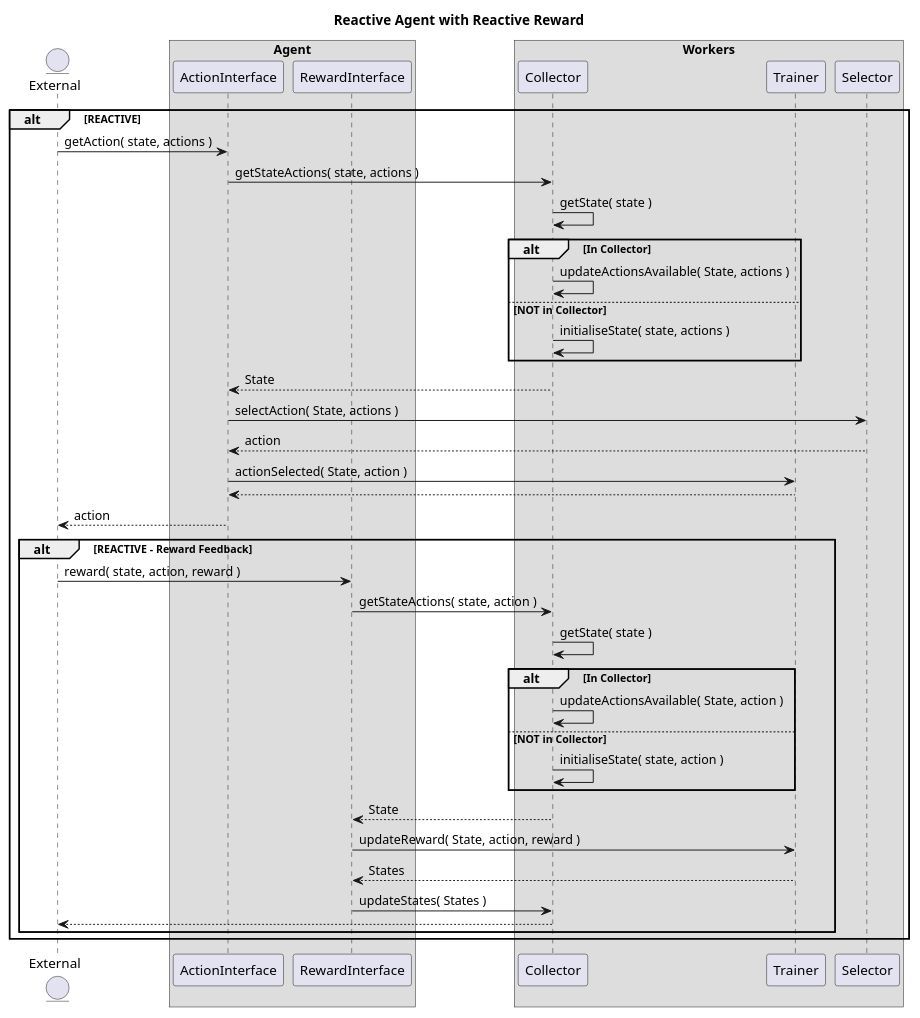
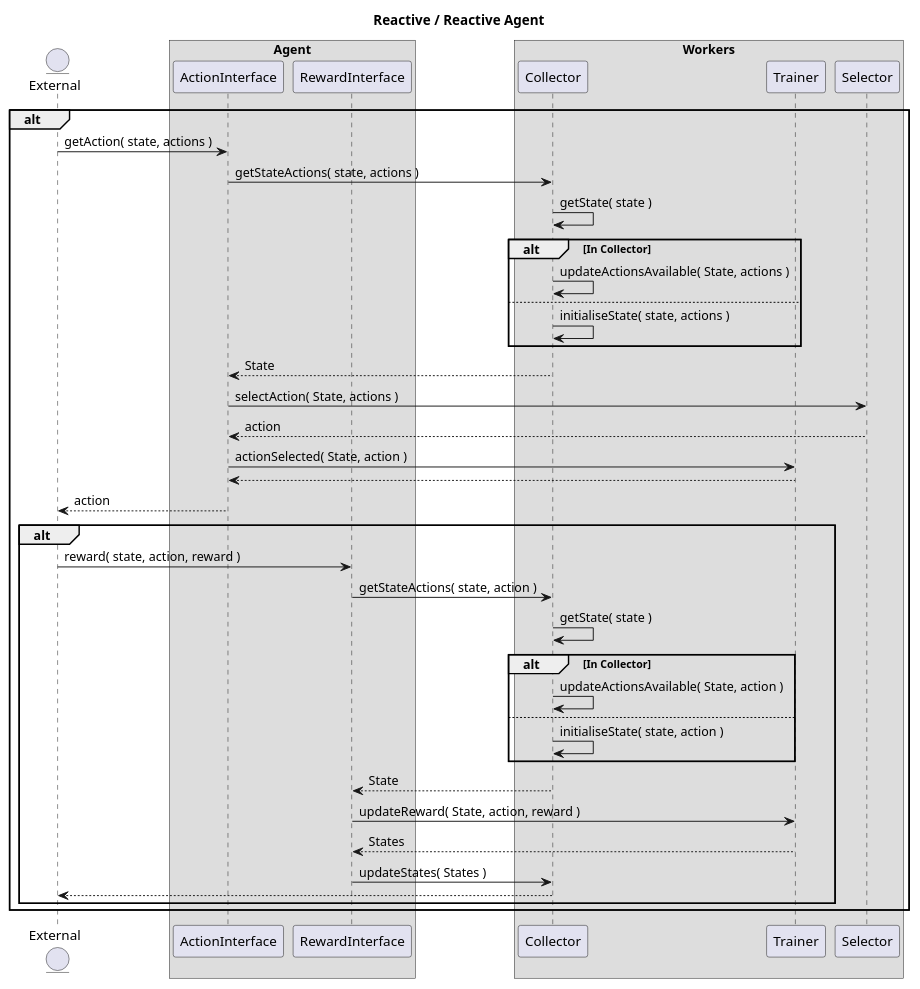
The diagram in Uml/SequenceDiagram/Agent RR.plantuml (vhorta73/RL-Perl), drawn with PlantUML before and after one commit. The commit also changed 3 other files, not shown here.

```diff
--- a/Uml/SequenceDiagram/Agent RR.plantuml
+++ b/Uml/SequenceDiagram/Agent RR.plantuml
@@ -1,55 +1,55 @@
 @startuml
 
-title Reactive Agent with Reactive Reward
+title Reactive / Reactive Agent
 
 entity External
 
 box "Agent"
   participant ActionInterface 
   participant RewardInterface 
 end box
 
 box "Workers"
   participant Collector
   participant Trainer
   participant Selector 
 end box
 
-alt REACTIVE
+alt 
   External          -> ActionInterface : getAction( state, actions )
   ActionInterface   -> Collector : getStateActions( state, actions )
   Collector         -> Collector : getState( state )
 
   alt In Collector
     Collector   -> Collector : updateActionsAvailable( State, actions )
-  else NOT in Collector
+  else 
     Collector   -> Collector : initialiseState( state, actions )
   end
 
   ActionInterface    <-- Collector : State
   ActionInterface     -> Selector  : selectAction( State, actions )
   ActionInterface    <-- Selector  : action
   ActionInterface     -> Trainer   : actionSelected( State, action )
   ActionInterface    <-- Trainer
   External           <-- ActionInterface : action
 
-  alt REACTIVE - Reward Feedback
+  alt 
     External          -> RewardInterface : reward( state, action, reward )
     RewardInterface   -> Collector : getStateActions( state, action )
     Collector         -> Collector : getState( state )
 
     alt In Collector
       Collector   -> Collector : updateActionsAvailable( State, action )
-    else NOT in Collector
+    else
       Collector   -> Collector : initialiseState( state, action )
     end
 
     RewardInterface    <-- Collector : State
     RewardInterface     -> Trainer   : updateReward( State, action, reward )
     RewardInterface    <-- Trainer   : States
     RewardInterface     -> Collector : updateStates( States )
     External           <-- Collector
   end 
 end
 
 @enduml
```
